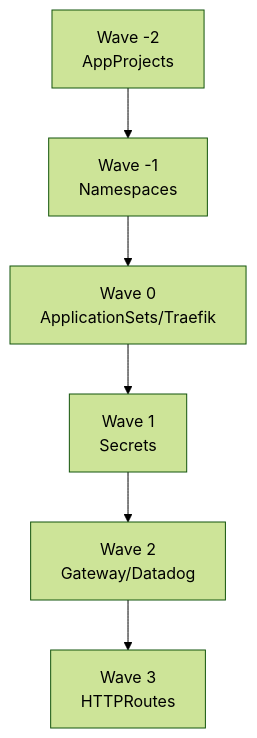
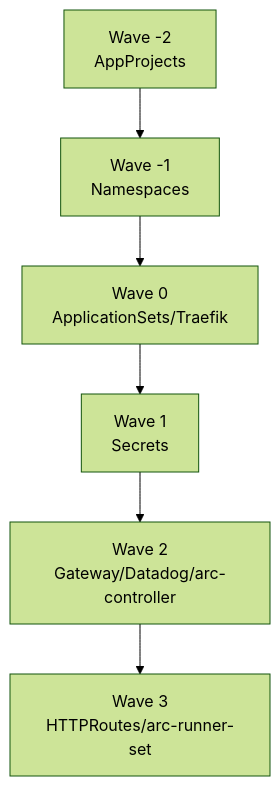
One commit to Hoangvu75/k8s_manifest changed the third of 5 diagrams in .qoder/repowiki/en/content/Operational Features/Operational Features.md. Above: the diagram before and after it, drawn with Mermaid (forest theme). The commit also changed other lines of this file and 3 other files, not shown here.

First line of the commit message:
docs(repowiki): update architecture, infrastructure, operational features, and playground docs

````diff
--- a/.qoder/repowiki/en/content/Operational Features/Operational Features.md
+++ b/.qoder/repowiki/en/content/Operational Features/Operational Features.md
@@ -147,8 +149,8 @@
 ```mermaid
 flowchart TD
 WNeg2["Wave -2<br/>AppProjects"] --> WNeg1["Wave -1<br/>Namespaces"]
 WNeg1 --> W0["Wave 0<br/>ApplicationSets/Traefik"]
 W0 --> W1["Wave 1<br/>Secrets"]
-W1 --> W2["Wave 2<br/>Gateway/Datadog"]
-W2 --> W3["Wave 3<br/>HTTPRoutes"]
+W1 --> W2["Wave 2<br/>Gateway/Datadog/arc-controller"]
+W2 --> W3["Wave 3<br/>HTTPRoutes/arc-runner-set"]
 ```
````
